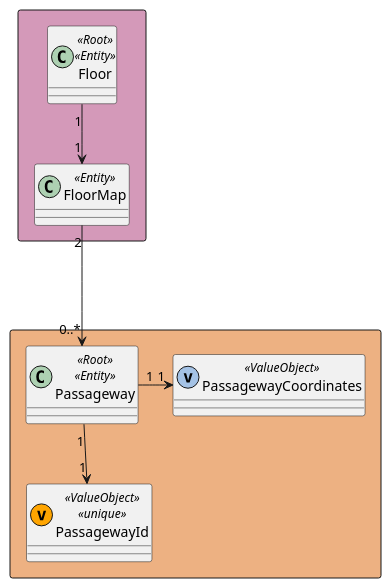
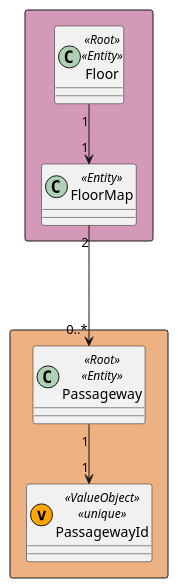
Before and after one commit to Pedro-Pereira1/sem5pi_23_24_g056: the diagram in docs/US_250/Diagrams/DomainModelExcerpt.puml, drawn with PlantUML. The commit also changed 8 other files, not shown here.

```diff
--- a/docs/US_250/Diagrams/DomainModelExcerpt.puml
+++ b/docs/US_250/Diagrams/DomainModelExcerpt.puml
@@ -1,25 +1,23 @@
 @startuml domain
 
 
 '========================================================
 rectangle #EDB182{
 class Passageway  << Root >> << Entity >>
 class PassagewayId  << (v,orange) ValueObject >> << unique >>
-class PassagewayCoordinates << (v,#A4C2E5) ValueObject >>
 }
 '========================================================
 rectangle #D499B9{
 class Floor  << Root >> << Entity >>
 class FloorMap  << Entity >>
 }
 
 '========================================================
 
 Passageway "1"-d->"1" PassagewayId
-Passageway "1"->"1" PassagewayCoordinates
 
 Floor "1"-d->"1" FloorMap
 
 FloorMap "2"--->"0..*" Passageway
 
 @enduml
```
